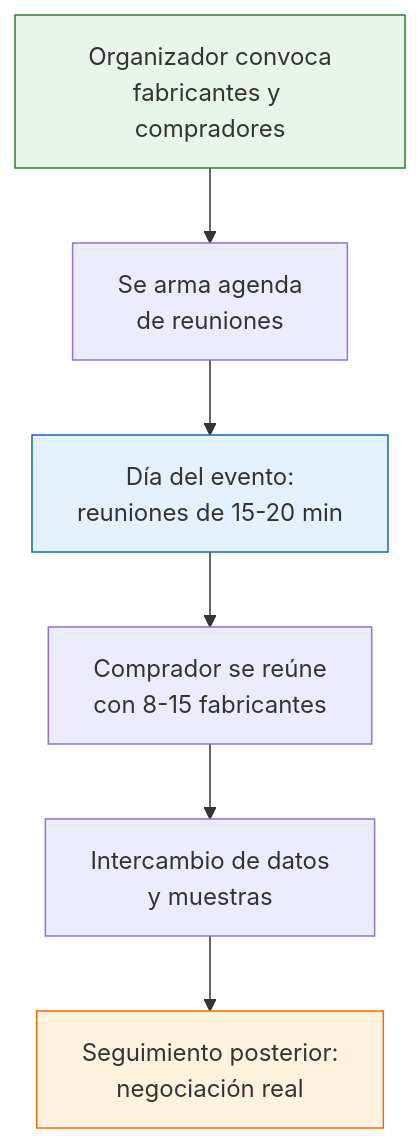
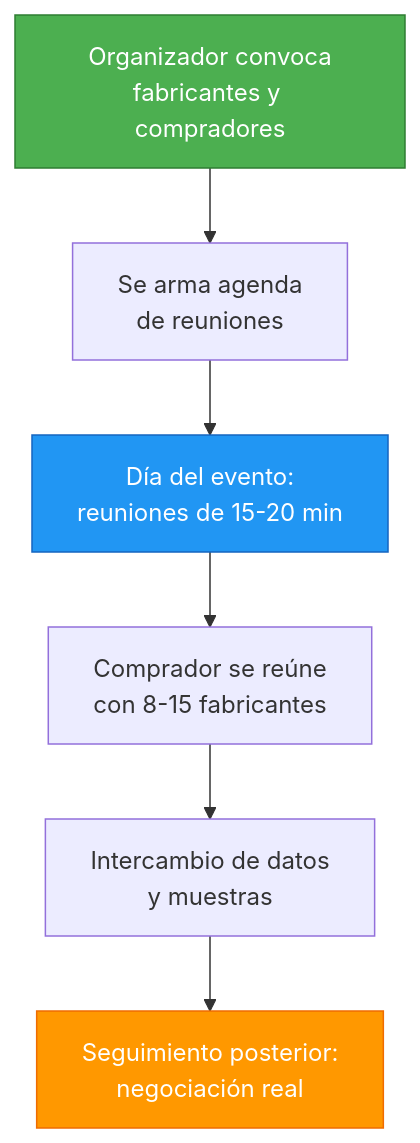
One commit to barrosignacioezequiel-coder/docs changed the diagram in app/paso1-argentina/encontrar-fabricas/rondas-negocios.mdx. Above: the diagram before and after it, drawn with Mermaid. The commit also changed 66 other files, not shown here.

First line of the commit message:
fix: resolve Mermaid v11 numbered list errors + improve contrast

````diff
--- a/app/paso1-argentina/encontrar-fabricas/rondas-negocios.mdx
+++ b/app/paso1-argentina/encontrar-fabricas/rondas-negocios.mdx
@@ -20,12 +20,12 @@
 ```mermaid
 graph TD
     A["Organizador convoca<br/>fabricantes y compradores"] --> B["Se arma agenda<br/>de reuniones"]
     B --> C["Día del evento:<br/>reuniones de 15-20 min"]
     C --> D["Comprador se reúne<br/>con 8-15 fabricantes"]
     D --> E["Intercambio de datos<br/>y muestras"]
     E --> F["Seguimiento posterior:<br/>negociación real"]
 
-    style A fill:#e8f5e9,stroke:#2e7d32
-    style C fill:#e3f2fd,stroke:#1565c0
-    style F fill:#fff3e0,stroke:#ef6c00
+    style A fill:#4caf50,stroke:#2e7d32,color:#fff
+    style C fill:#2196f3,stroke:#1565c0,color:#fff
+    style F fill:#ff9800,stroke:#ef6c00,color:#fff
 ```
````
